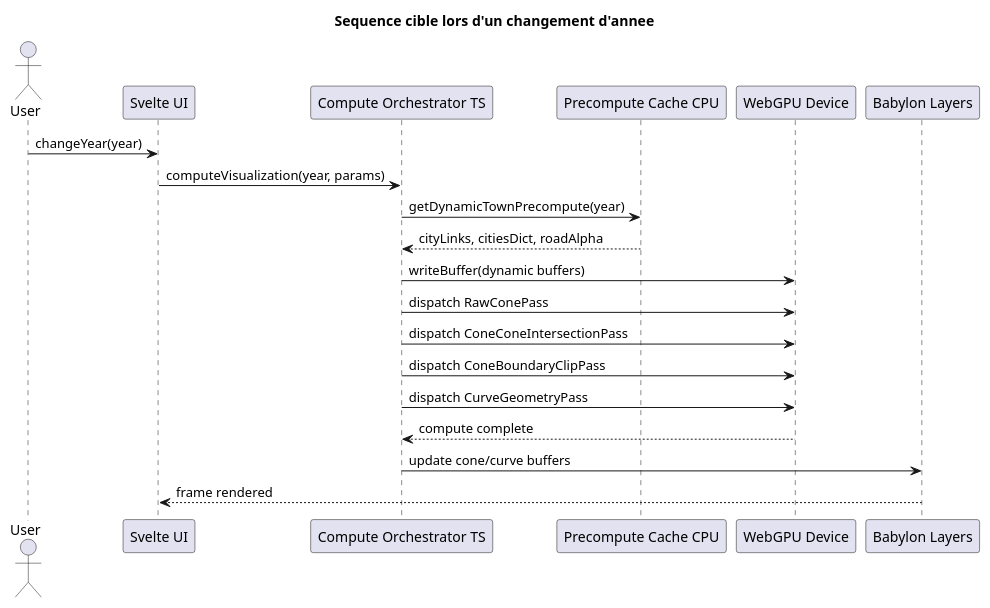
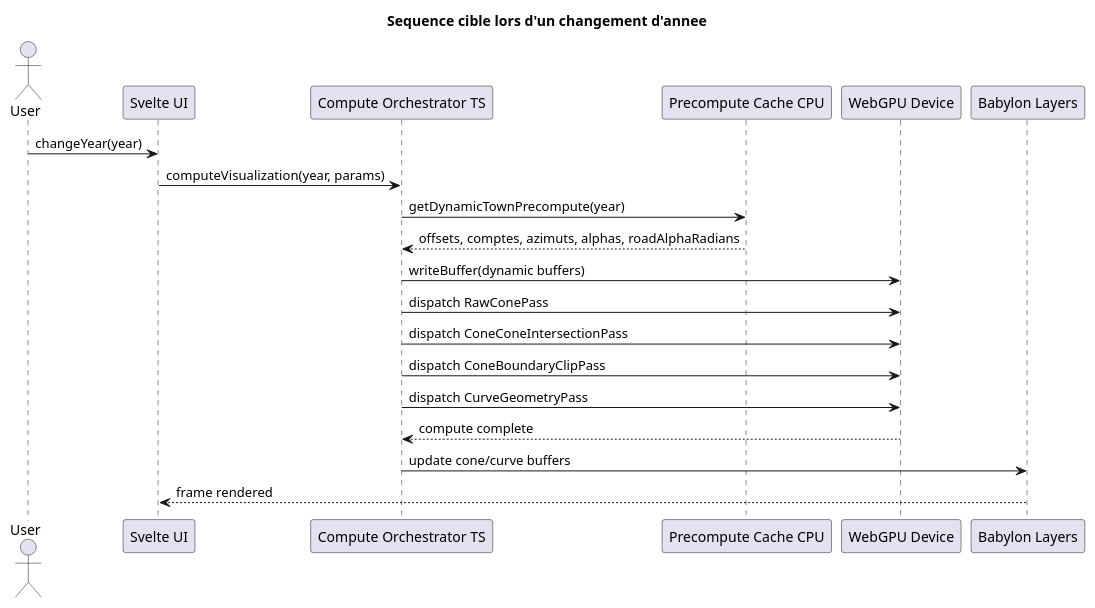
One commit to kaktus40/shriveling_world changed diagram 13 of 14 in docs/precompute-dataflow-cpu-gpu.md. Above: the diagram before and after it, drawn with PlantUML. The commit also changed other lines of this file and 16 other files, not shown here.

````diff
--- a/docs/precompute-dataflow-cpu-gpu.md
+++ b/docs/precompute-dataflow-cpu-gpu.md
@@ -1457,25 +1478,25 @@
 ```plantuml
 @startuml
 title Sequence cible lors d'un changement d'annee
 
 actor User
 participant "Svelte UI" as UI
 participant "Compute Orchestrator TS" as TS
 participant "Precompute Cache CPU" as Cache
 participant "WebGPU Device" as GPU
 participant "Babylon Layers" as Babylon
 
 User -> UI : changeYear(year)
 UI -> TS : computeVisualization(year, params)
 TS -> Cache : getDynamicTownPrecompute(year)
-Cache --> TS : cityLinks, citiesDict, roadAlpha
+Cache --> TS : offsets, comptes, azimuts, alphas, roadAlphaRadians
 TS -> GPU : writeBuffer(dynamic buffers)
 TS -> GPU : dispatch RawConePass
 TS -> GPU : dispatch ConeConeIntersectionPass
 TS -> GPU : dispatch ConeBoundaryClipPass
 TS -> GPU : dispatch CurveGeometryPass
 GPU --> TS : compute complete
 TS -> Babylon : update cone/curve buffers
 Babylon --> UI : frame rendered
 @enduml
 ```
````
